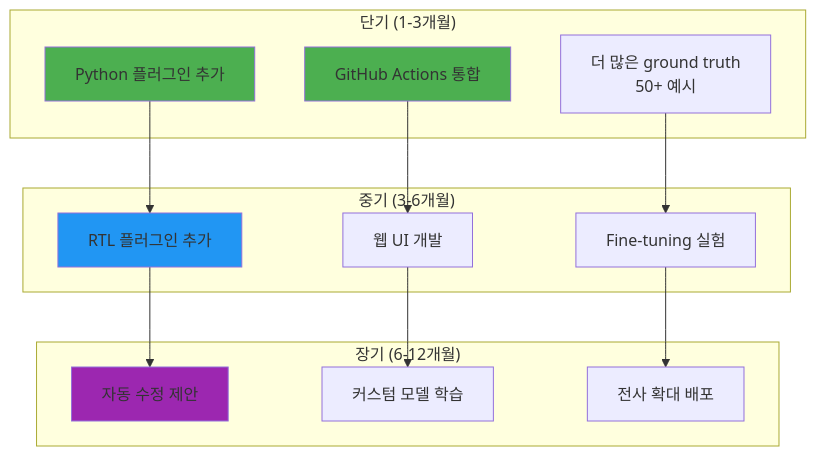
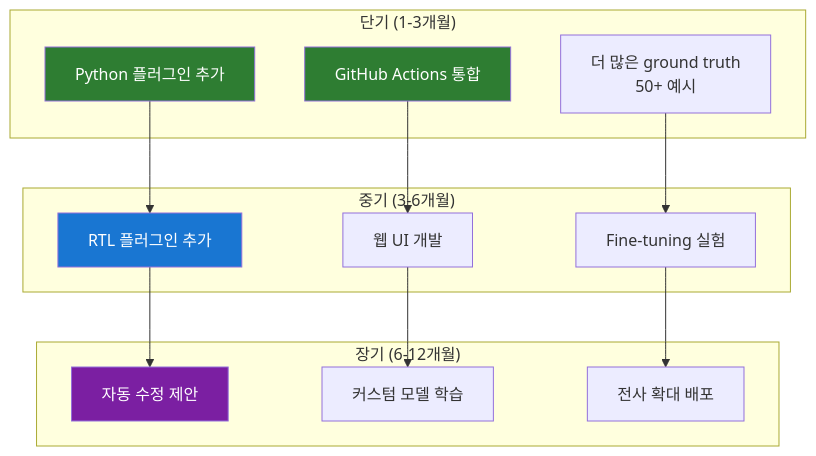
Before and after one commit to ApeachM/llm-code-reviewer: diagram 15 of 15 in docs/PROJECT_OVERVIEW.md, drawn with Mermaid. The commit also changed other lines of this file and 2 other files, not shown here.

First line of the commit message:
docs: Update Mermaid diagram colors for improved dark theme readability

````diff
--- a/docs/PROJECT_OVERVIEW.md
+++ b/docs/PROJECT_OVERVIEW.md
@@ -1039,32 +1039,32 @@
 ```mermaid
 graph TB
     subgraph "단기 (1-3개월)"
         S1[Python 플러그인 추가]
         S2[GitHub Actions 통합]
         S3[더 많은 ground truth<br/>50+ 예시]
     end
 
     subgraph "중기 (3-6개월)"
         M1[RTL 플러그인 추가]
         M2[웹 UI 개발]
         M3[Fine-tuning 실험]
     end
 
     subgraph "장기 (6-12개월)"
         L1[자동 수정 제안]
         L2[커스텀 모델 학습]
         L3[전사 확대 배포]
     end
 
     S1 --> M1
     S2 --> M2
     S3 --> M3
     M1 --> L1
     M2 --> L2
     M3 --> L3
 
-    style S1 fill:#4caf50
-    style S2 fill:#4caf50
-    style M1 fill:#2196f3
-    style L1 fill:#9c27b0
+    style S1 fill:#2e7d32,color:#fff
+    style S2 fill:#2e7d32,color:#fff
+    style M1 fill:#1976d2,color:#fff
+    style L1 fill:#7b1fa2,color:#fff
 ```
````
